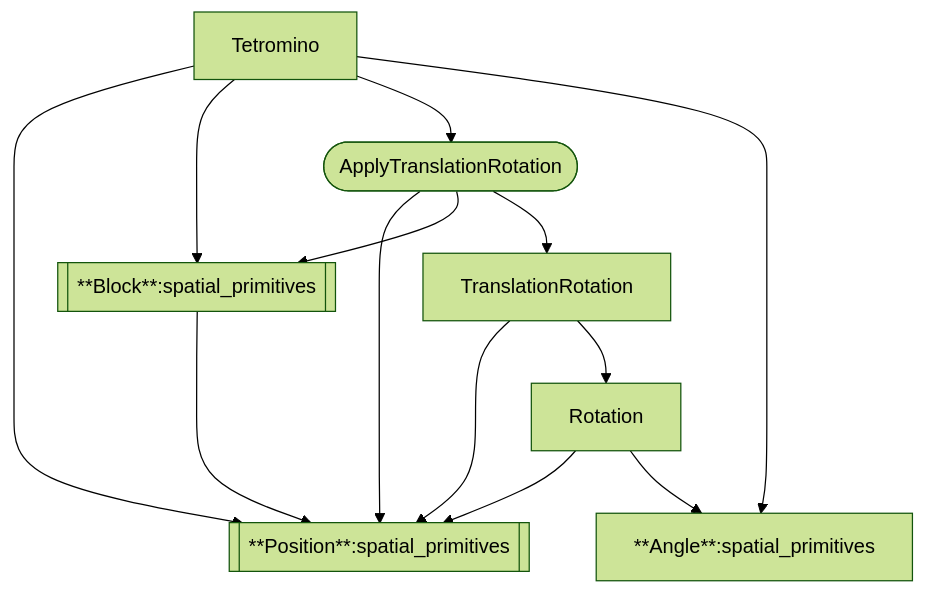
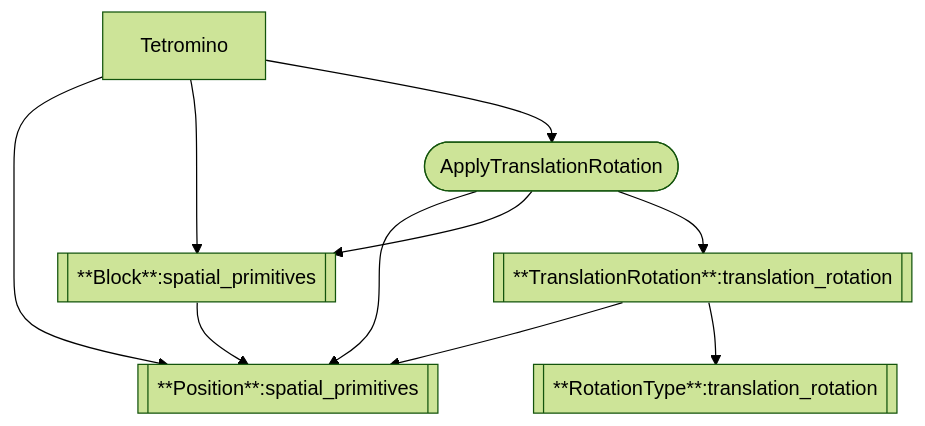
The diagram in src/app/player/back_end/flowgraph.md (inesvar/tetris), drawn with Mermaid (forest theme) before and after one commit. The commit also changed 1 other file, not shown here.

Commit message:
Update flowgraph

````diff
--- a/src/app/player/back_end/flowgraph.md
+++ b/src/app/player/back_end/flowgraph.md
@@ -1,15 +1,17 @@
 ```mermaid
 graph TD;
-    Tetromino-->Position[[**Position**:spatial_primitives]];
-    Tetromino-->Block[[**Block**:spatial_primitives]];
-    Tetromino-->applyTranslationRotation([ApplyTranslationRotation]);
-    applyTranslationRotation([ApplyTranslationRotation])-->Position[[**Position**:spatial_primitives]];
-    applyTranslationRotation([ApplyTranslationRotation])-->Block[[**Block**:spatial_primitives]];
-    applyTranslationRotation([ApplyTranslationRotation])-->TranslationRotation;
-    TranslationRotation-->Position[[**Position**:spatial_primitives]];
-    Block[[**Block**:spatial_primitives]]-->Position[[**Position**:spatial_primitives]];
-    Tetromino-->**Angle**:spatial_primitives;
-    TranslationRotation-->Rotation;
-    Rotation-->Position;
-    Rotation-->**Angle**:spatial_primitives;
+    Position[[**Position**:spatial_primitives]];
+    Block[[**Block**:spatial_primitives]];
+    TranslationRotation[[**TranslationRotation**:translation_rotation]];
+    RotationType[[**RotationType**:translation_rotation]];
+    applyTranslationRotation([ApplyTranslationRotation]);
+    Tetromino-->Position;
+    Tetromino-->Block;
+    Tetromino-->applyTranslationRotation;
+    applyTranslationRotation-->Position;
+    applyTranslationRotation-->Block;
+    applyTranslationRotation-->TranslationRotation;
+    TranslationRotation-->Position;
+    TranslationRotation-->RotationType;
+    Block-->Position;
 ```
````
